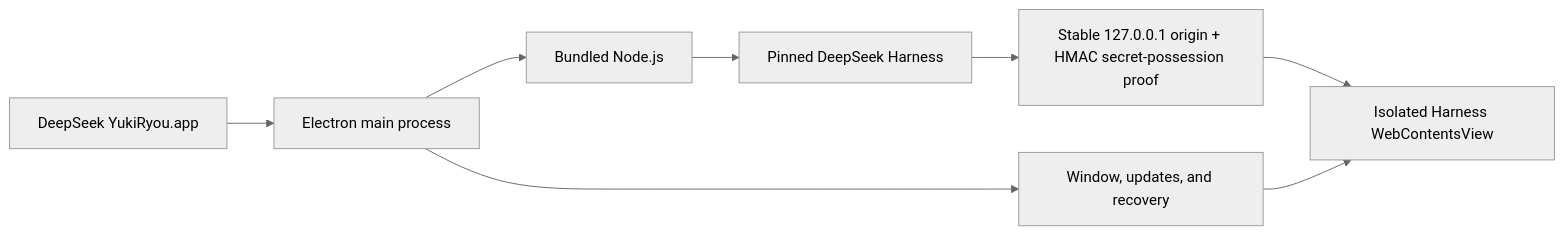
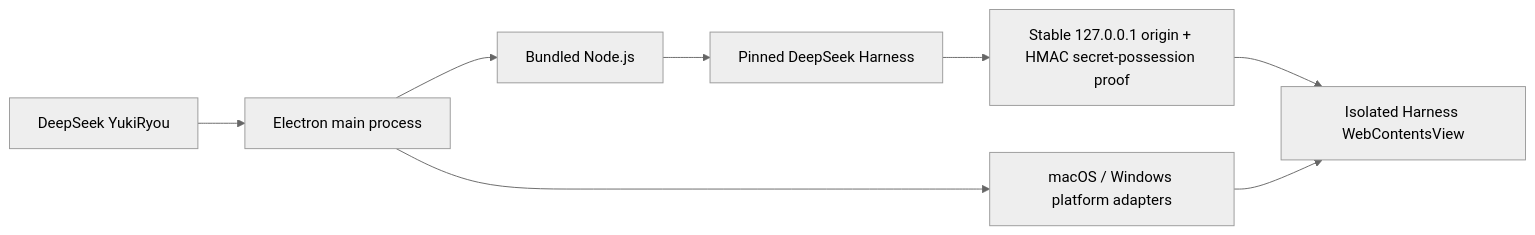
Before and after one commit to yoshino-xiao7/deepseek-harness-desktop-yukiryou: the diagram in README_EN.md, drawn with Mermaid (neutral theme). The commit also changed other lines of this file and 150 other files, not shown here.

```diff
--- a/README_EN.md
+++ b/README_EN.md
@@ -110,10 +131,10 @@
 ~~~mermaid
 flowchart LR
-    A["DeepSeek YukiRyou.app"] --> B["Electron main process"]
+    A["DeepSeek YukiRyou"] --> B["Electron main process"]
     B --> C["Bundled Node.js"]
     C --> D["Pinned DeepSeek Harness"]
     D --> E["Stable 127.0.0.1 origin + HMAC secret-possession proof"]
     E --> F["Isolated Harness WebContentsView"]
-    B --> G["Window, updates, and recovery"]
+    B --> G["macOS / Windows platform adapters"]
     G --> F
 ~~~
```
